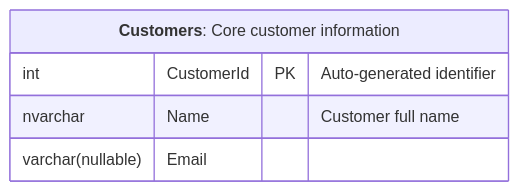
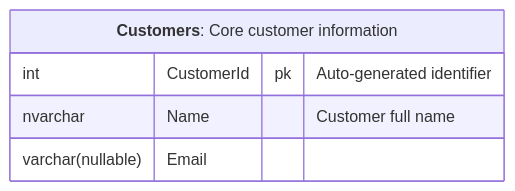
Before and after one commit to SimonCropp/DbToMermaid: the diagram in src/SqlServerToMermaid.Tests/Tests.RenderMarkdownWithComments.verified.md, drawn with Mermaid. The commit also changed 14 other files, not shown here.

````diff
--- a/src/SqlServerToMermaid.Tests/Tests.RenderMarkdownWithComments.verified.md
+++ b/src/SqlServerToMermaid.Tests/Tests.RenderMarkdownWithComments.verified.md
@@ -2,8 +2,8 @@
 ```mermaid
 erDiagram
   Customers["**Customers**: Core customer information"] {
-    int CustomerId PK "Auto-generated identifier"
+    int CustomerId pk "Auto-generated identifier"
     nvarchar Name "Customer full name"
     varchar(nullable) Email
   }
 ```
````
